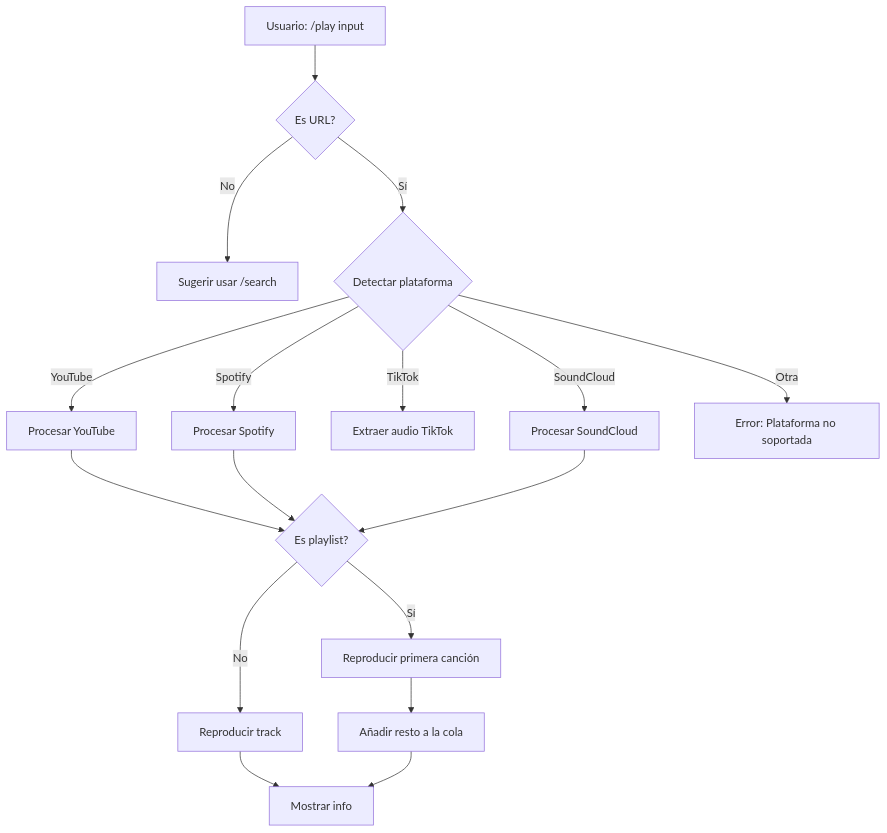
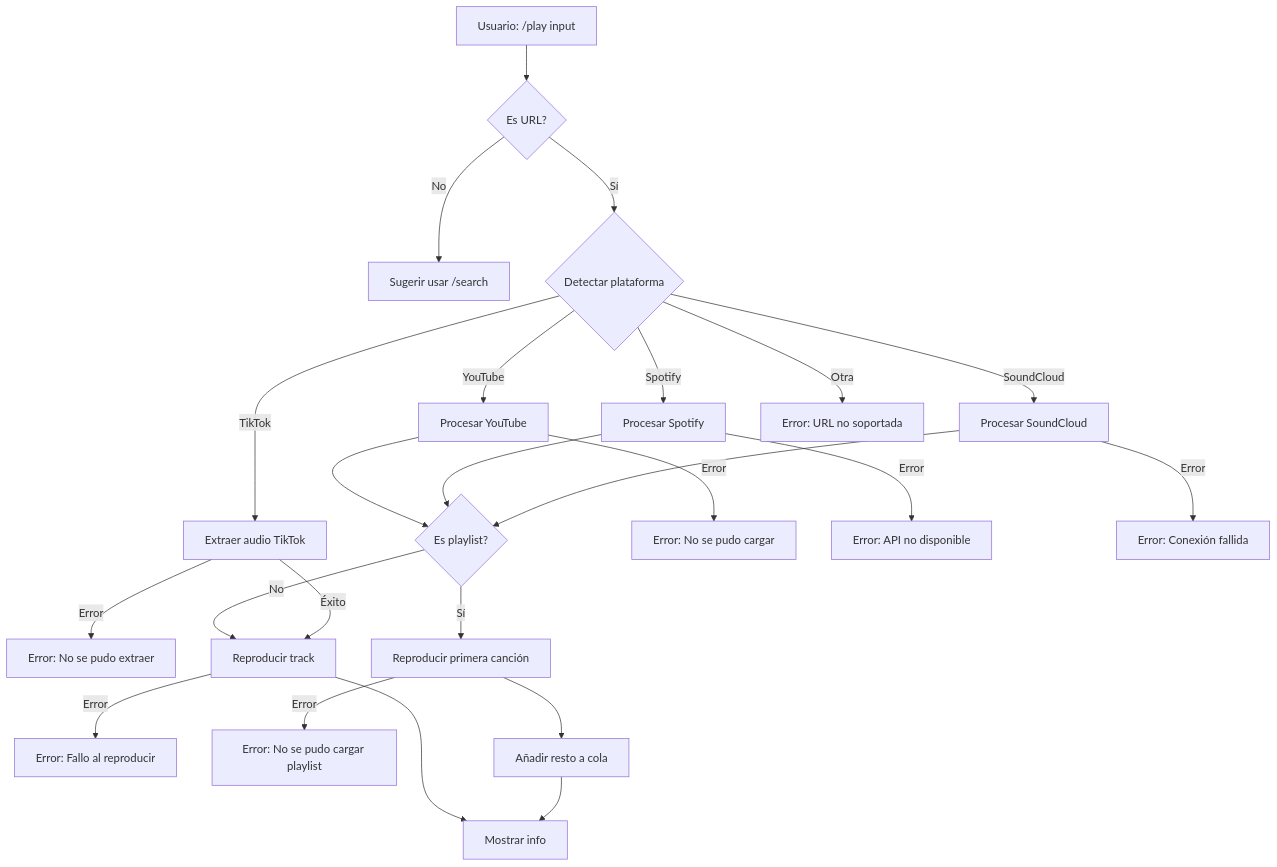
Before and after one commit to Jaie55/TuneTwister: the second of 8 diagrams in README.md, drawn with Mermaid. The commit also changed other lines of this file, not shown here.

````diff
--- a/README.md
+++ b/README.md
@@ -19,19 +21,31 @@
 ```mermaid
 graph TD
     A["Usuario: /play input"] --> B{"Es URL?"}
     B -->|No| C["Sugerir usar /search"]
     B -->|Sí| D{"Detectar plataforma"}
     D -->|YouTube| E["Procesar YouTube"]
     D -->|Spotify| F["Procesar Spotify"]
     D -->|TikTok| G["Extraer audio TikTok"]
     D -->|SoundCloud| H["Procesar SoundCloud"]
-    D -->|Otra| I["Error: Plataforma no soportada"]
+    D -->|Otra| I["Error: URL no soportada"]
+    
     E --> J{"Es playlist?"}
     F --> J
     H --> J
+    
+    E -->|Error| E1["Error: No se pudo cargar"]
+    F -->|Error| F1["Error: API no disponible"]
+    G -->|Error| G1["Error: No se pudo extraer"]
+    H -->|Error| H1["Error: Conexión fallida"]
+    
     J -->|No| K["Reproducir track"]
     J -->|Sí| L["Reproducir primera canción"]
-    L --> M["Añadir resto a la cola"]
+    
+    K -->|Error| K1["Error: Fallo al reproducir"]
+    L -->|Error| L1["Error: No se pudo cargar playlist"]
+    G -->|Éxito| K
+    
+    L --> M["Añadir resto a cola"]
     K --> N["Mostrar info"]
     M --> N
 ```
````
